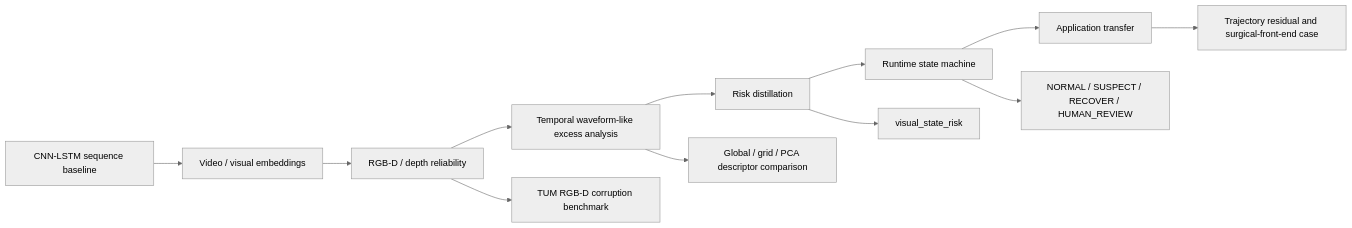
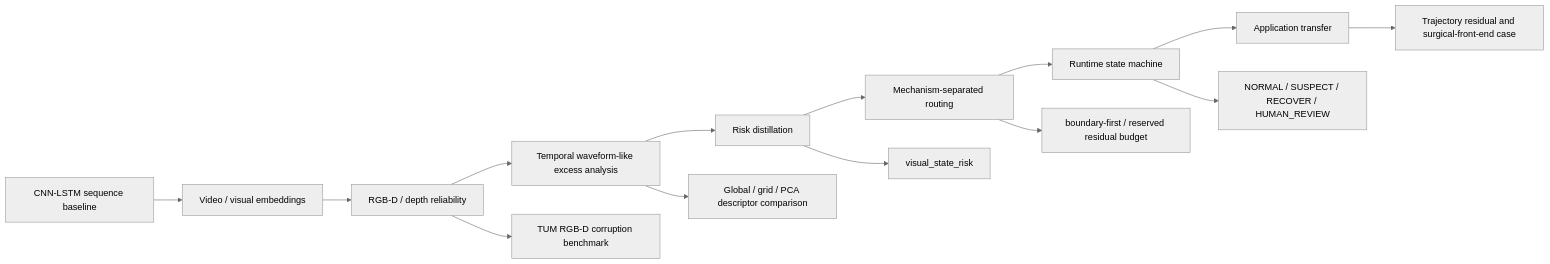
The first of 2 diagrams in docs/project_overview.md (Tengyu-w/reliability-aware-robot-perception), drawn with Mermaid (neutral theme) before and after one commit. The commit also changed other lines of this file and 6 other files, not shown here.

Commit message:
Add mechanism-separated routing upgrade

````diff
--- a/docs/project_overview.md
+++ b/docs/project_overview.md
@@ -21,15 +23,17 @@
 ```mermaid
 flowchart LR
     A["CNN-LSTM sequence baseline"] --> B["Video / visual embeddings"]
     B --> C["RGB-D / depth reliability"]
     C --> D["Temporal waveform-like excess analysis"]
     D --> E["Risk distillation"]
-    E --> F["Runtime state machine"]
-    F --> G["Application transfer"]
+    E --> F["Mechanism-separated routing"]
+    F --> H["Runtime state machine"]
+    H --> G["Application transfer"]
 
     C --> C1["TUM RGB-D corruption benchmark"]
     D --> D1["Global / grid / PCA descriptor comparison"]
     E --> E1["visual_state_risk"]
-    F --> F1["NORMAL / SUSPECT / RECOVER / HUMAN_REVIEW"]
+    F --> F1["boundary-first / reserved residual budget"]
+    H --> H1["NORMAL / SUSPECT / RECOVER / HUMAN_REVIEW"]
     G --> G1["Trajectory residual and surgical-front-end case"]
 ```
````
